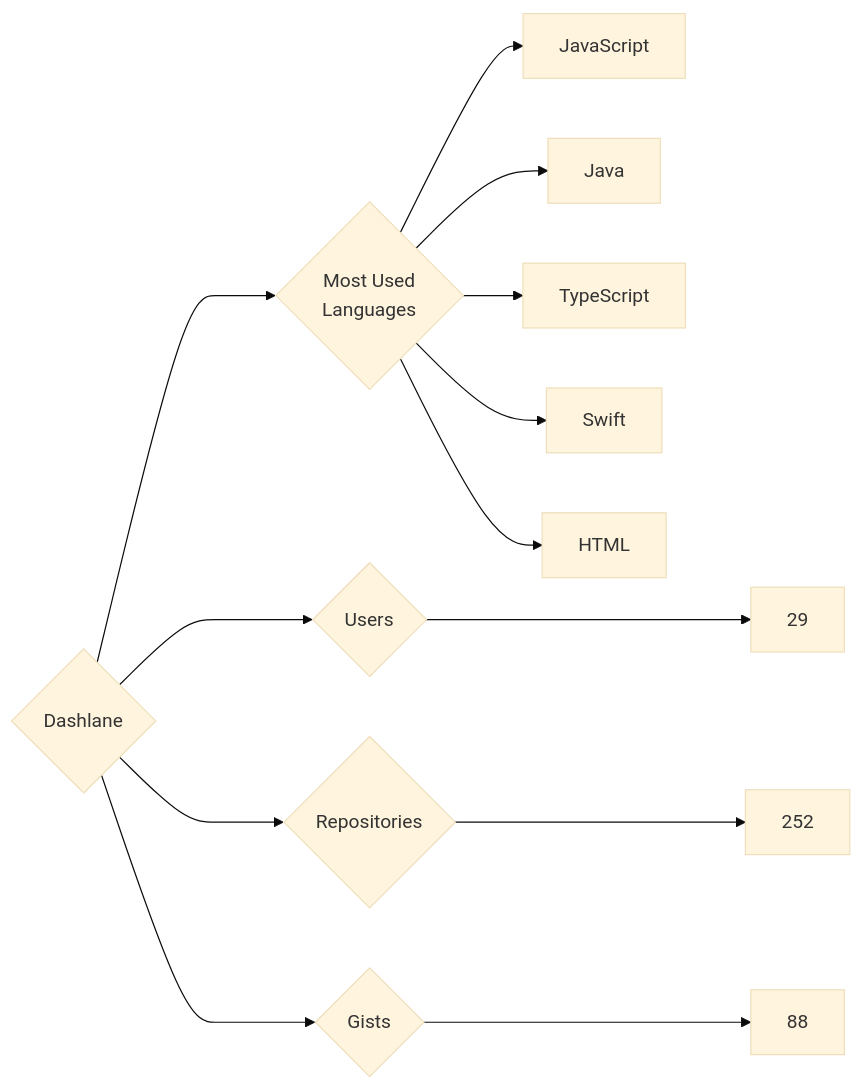
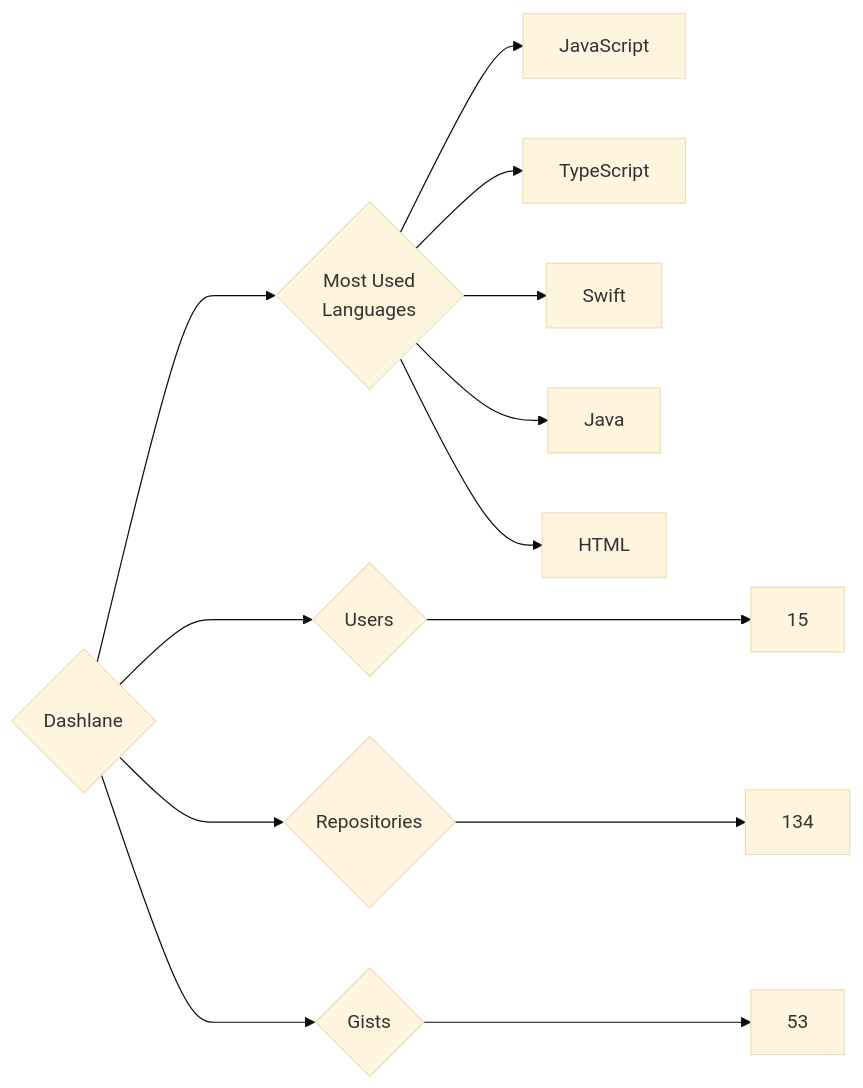
The diagram in targets/Dashlane/README.md (trickest/insiders), drawn with Mermaid (base theme) before and after one commit. The commit also changed 745 other files, not shown here.

````diff
--- a/targets/Dashlane/README.md
+++ b/targets/Dashlane/README.md
@@ -3,13 +3,13 @@
 ```mermaid
 graph LR
 COMPANY_NAME{Dashlane}
-COMPANY_NAME ---> U{Users} ---> UN[29]
-COMPANY_NAME ---> R{Repositories} ---> RN[252]
-COMPANY_NAME ---> G{Gists} ---> GN[88]
+COMPANY_NAME ---> U{Users} ---> UN[15]
+COMPANY_NAME ---> R{Repositories} ---> RN[134]
+COMPANY_NAME ---> G{Gists} ---> GN[53]
 COMPANY_NAME ---> ML{Most Used<br>Languages}
 ML --> JavaScript[JavaScript]
-ML --> Java[Java]
 ML --> TypeScript[TypeScript]
 ML --> Swift[Swift]
+ML --> Java[Java]
 ML --> HTML[HTML]
 ```
````
